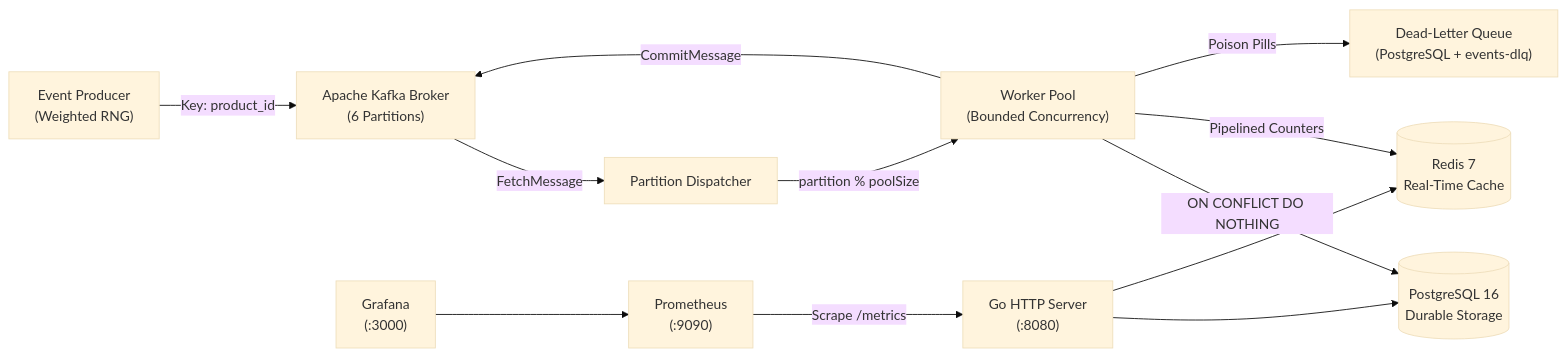
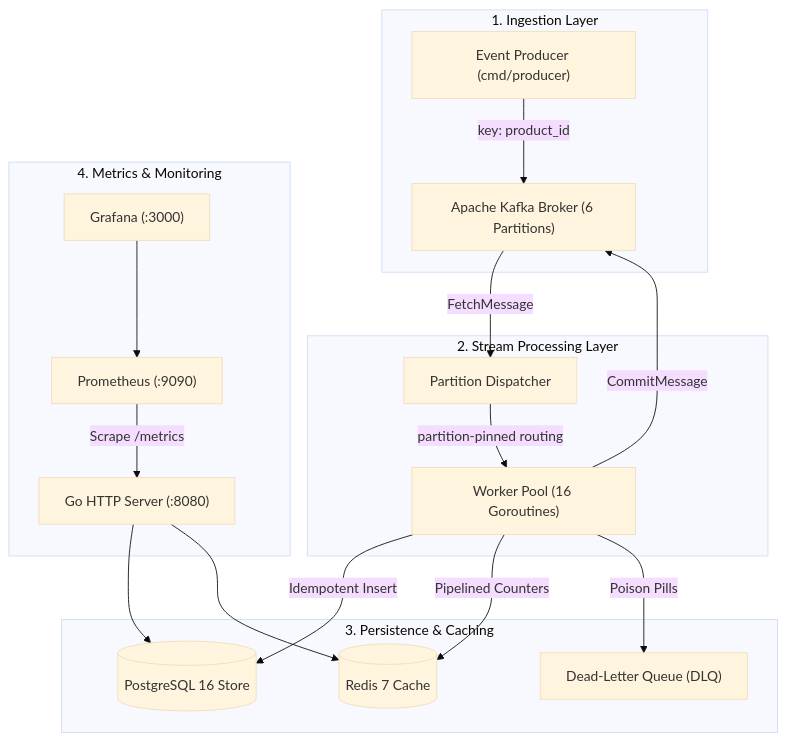
The diagram in README.md (Sourya-Prabaharan/real-time-event-processing-engine), drawn with Mermaid (base theme) before and after one commit. The commit also changed other lines of this file and 8 other files, not shown here.

Commit message:
fix(benchmark & presentation): implement genuine Kafka-to-Postgres E2E benchmark, fix Grafana mounts, and repair GitHub architecture diagram

````diff
--- a/README.md
+++ b/README.md
@@ -29,14 +29,25 @@
 ```mermaid
-flowchart LR
-    P["Event Producer<br/>(Weighted RNG)"] -->|"Key: product_id"| K["Apache Kafka Broker<br/>(6 Partitions)"]
-    K -->|"FetchMessage"| D["Partition Dispatcher"]
-    D -->|"partition % poolSize"| W["Worker Pool<br/>(Bounded Concurrency)"]
-    W -->|"ON CONFLICT DO NOTHING"| PG[("PostgreSQL 16<br/>Durable Storage")]
-    W -->|"Pipelined Counters"| RD[("Redis 7<br/>Real-Time Cache")]
-    W -->|"Poison Pills"| DLQ["Dead-Letter Queue<br/>(PostgreSQL + events-dlq)"]
-    W -->|"CommitMessage"| K
-    API["Go HTTP Server<br/>(:8080)"] --> PG
-    API --> RD
-    PROM["Prometheus<br/>(:9090)"] -->|"Scrape /metrics"| API
-    GRAF["Grafana<br/>(:3000)"] --> PROM
+flowchart TD
+    subgraph Ingestion["1. Ingestion Layer"]
+        P["Event Producer (cmd/producer)"] -->|"key: product_id"| K["Apache Kafka Broker (6 Partitions)"]
+    end
+
+    subgraph Processing["2. Stream Processing Layer"]
+        K -->|"FetchMessage"| D["Partition Dispatcher"]
+        D -->|"partition-pinned routing"| W["Worker Pool (16 Goroutines)"]
+    end
+
+    subgraph Storage["3. Persistence & Caching"]
+        W -->|"Idempotent Insert"| PG[("PostgreSQL 16 Store")]
+        W -->|"Pipelined Counters"| RD[("Redis 7 Cache")]
+        W -->|"Poison Pills"| DLQ["Dead-Letter Queue (DLQ)"]
+        W -->|"CommitMessage"| K
+    end
+
+    subgraph Observability["4. Metrics & Monitoring"]
+        API["Go HTTP Server (:8080)"] --> PG
+        API --> RD
+        PROM["Prometheus (:9090)"] -->|"Scrape /metrics"| API
+        GRAF["Grafana (:3000)"] --> PROM
+    end
 ```
````
